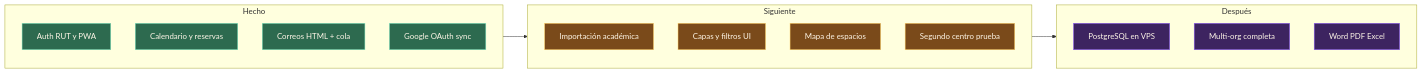
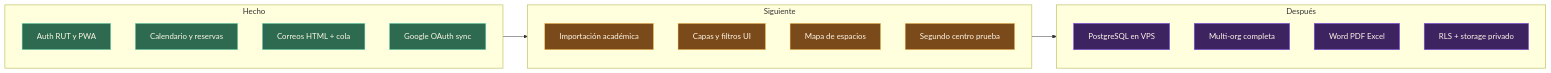
One commit to JackStar6677-1/CCAACalendar changed diagram 13 of 16 in README.md. Above: the diagram before and after it, drawn with Mermaid. The commit also changed other lines of this file and 1 other file, not shown here.

Commit message:
docs: evalua insforge para arquitectura

````diff
--- a/README.md
+++ b/README.md
@@ -281,35 +281,36 @@
 ```mermaid
 flowchart LR
     subgraph done ["Hecho"]
         direction TB
         D1[Auth RUT y PWA]
         D2[Calendario y reservas]
         D3[Correos HTML + cola]
         D4[Google OAuth sync]
     end
 
     subgraph soon ["Siguiente"]
         direction TB
         S1[Importación académica]
         S2[Capas y filtros UI]
         S3[Mapa de espacios]
         S4[Segundo centro prueba]
     end
 
     subgraph later ["Después"]
         direction TB
         L1[PostgreSQL en VPS]
         L2[Multi-org completa]
         L3[Word PDF Excel]
+        L4[RLS + storage privado]
     end
 
     D4 --> S1
     S4 --> L1
 
     classDef cDone fill:#2d6a4f,stroke:#81e6c3,color:#fff7e8
     classDef cSoon fill:#7a4a1a,stroke:#ffd166,color:#fff7e8
     classDef cLater fill:#3d2460,stroke:#8f5cff,color:#fff7e8
     class D1,D2,D3,D4 cDone
     class S1,S2,S3,S4 cSoon
-    class L1,L2,L3 cLater
+    class L1,L2,L3,L4 cLater
 ```
````
